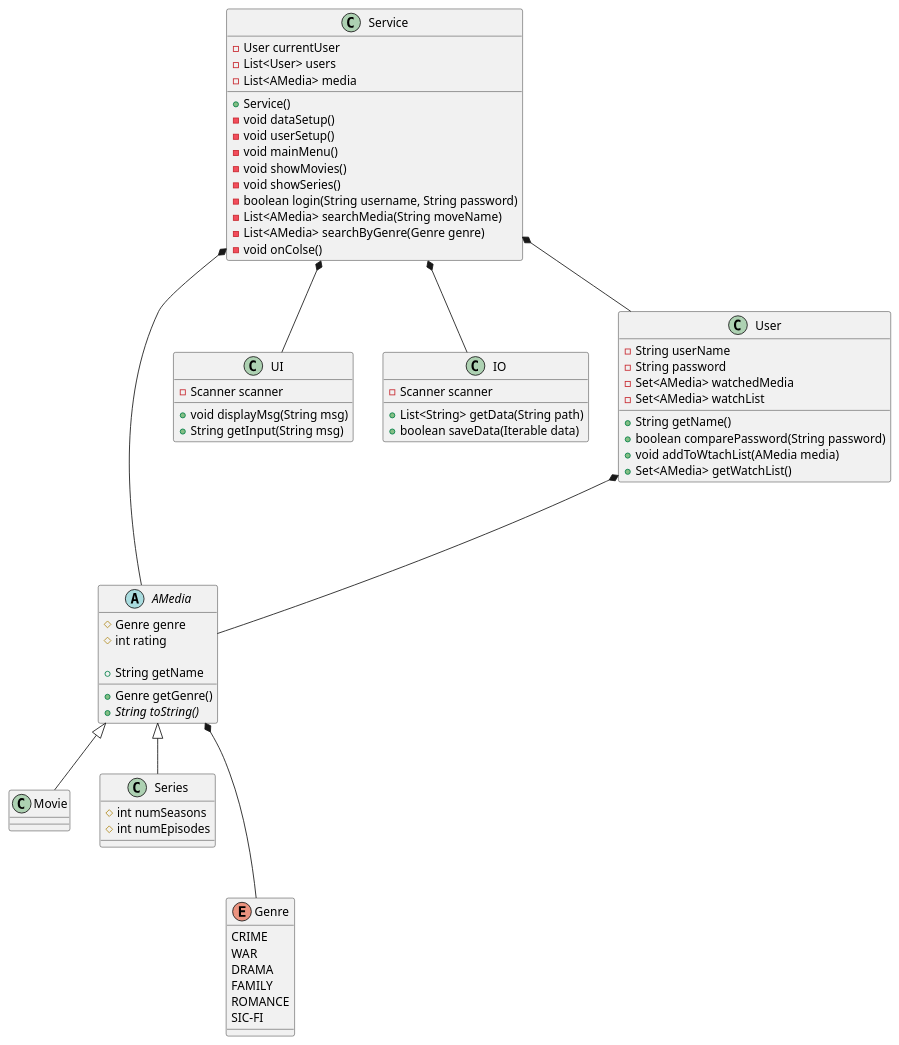
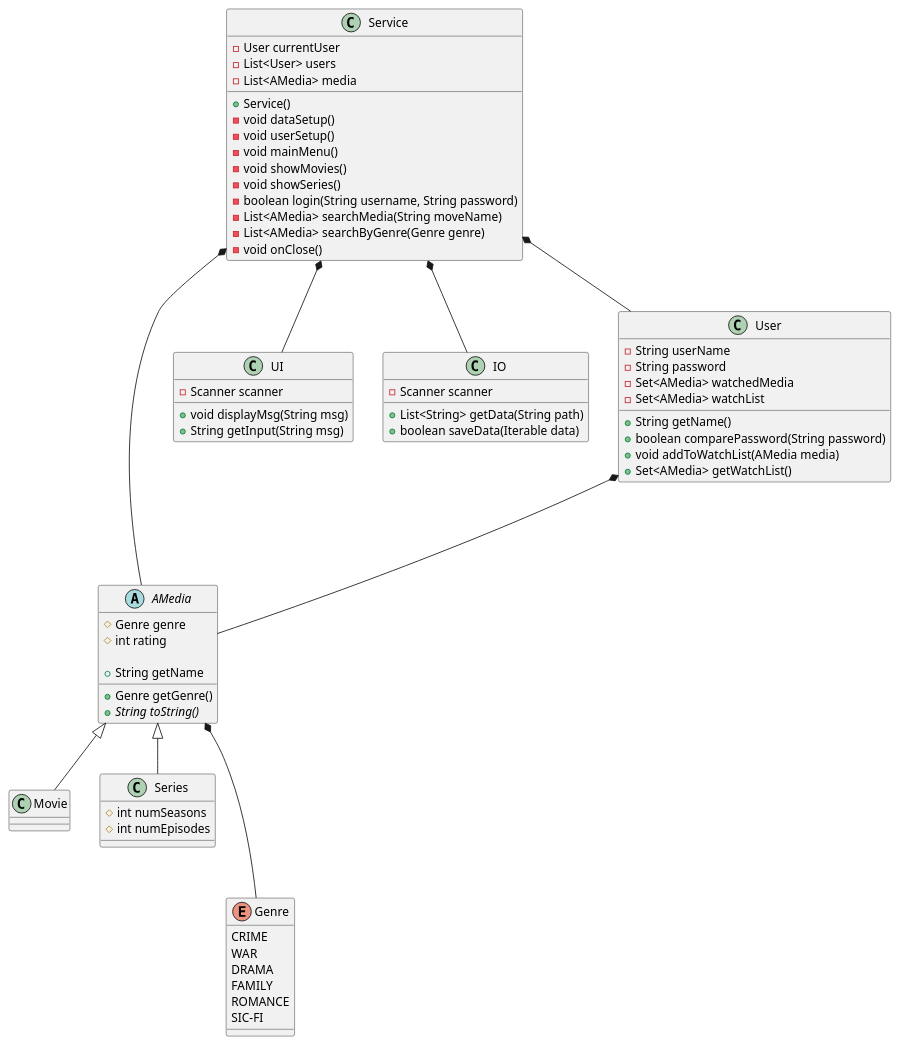
One commit to Laumh-exe/sp3 changed the diagram in doc/classDiagra.puml. Above: the diagram before and after it, drawn with PlantUML. The commit also changed 1 other file, not shown here.

```diff
--- a/doc/classDiagra.puml
+++ b/doc/classDiagra.puml
@@ -1,88 +1,88 @@
 @startuml
 abstract class AMedia{
 	# Genre genre
 	# int rating
 
     + Genre getGenre()
     + String getName
     {abstract} + String toString()
 }
 
 class Movie{
 	
 }
 
 class Series{
 	# int numSeasons
 	# int numEpisodes	
 }
 
 class UI {
     - Scanner scanner
 	+ void displayMsg(String msg)
 	+ String getInput(String msg)
 }
 
 class IO{
     - Scanner scanner
 	+ List<String> getData(String path)
 	+ boolean saveData(Iterable data)
 }
 
 class User{
     - String userName
     - String password
     - Set<AMedia> watchedMedia
     - Set<AMedia> watchList
     + String getName()
     + boolean comparePassword(String password)
-    + void addToWtachList(AMedia media)
+    + void addToWatchList(AMedia media)
     + Set<AMedia> getWatchList()
 }
 
 class Service{
     - User currentUser
 	- List<User> users
 	- List<AMedia> media
 	
     + Service()
     - void dataSetup()
     - void userSetup()
     - void mainMenu() 
     - void showMovies()
     - void showSeries()
 	- boolean login(String username, String password)
     - List<AMedia> searchMedia(String moveName)
     - List<AMedia> searchByGenre(Genre genre)
-    - void onColse()
+    - void onClose()
 }
 note left of Service::setup
     userlogin / create user
 end note
 
 note left of Service::mainMainu
     This is the main loop of the programSS
 end note
 
 enum Genre{
     CRIME
     WAR
     DRAMA
     FAMILY
     ROMANCE
     SIC-FI
 }
 
 Service *-- AMedia
 Service *-- User
 Service *-- UI
 Service *-- IO
 
 AMedia *--- Genre
 
 User *--- AMedia
 
 
 AMedia <|-- Movie
 AMedia <|-- Series
 @enduml
```
